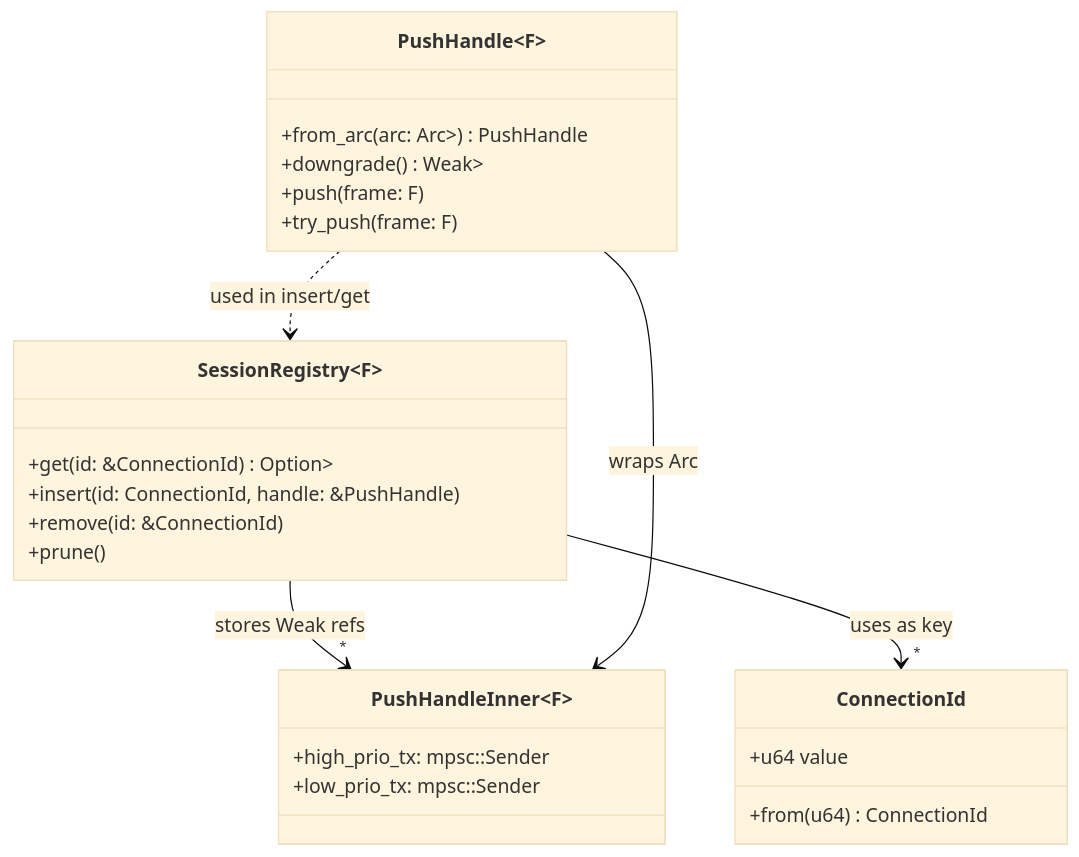
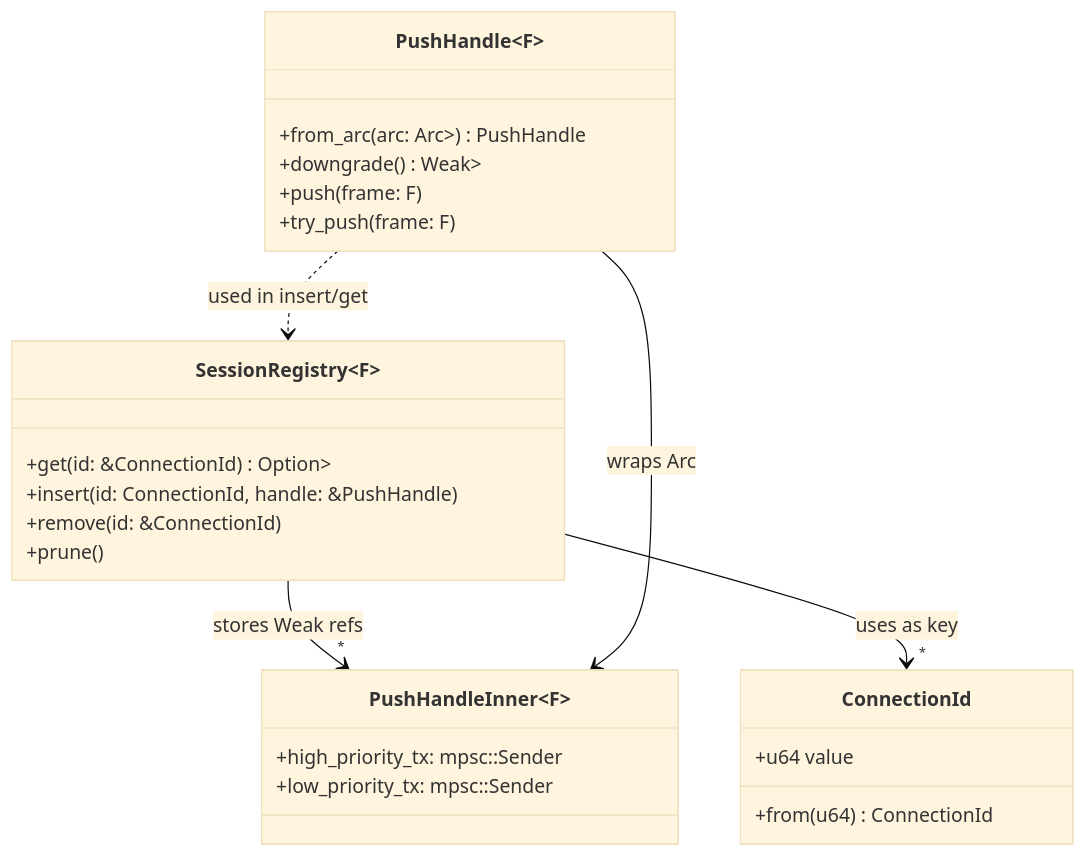
Before and after one commit to leynos/wireframe: the seventh of 15 diagrams in docs/asynchronous-outbound-messaging-design.md, drawn with Mermaid (base theme). The commit also changed other lines of this file and 3 other files, not shown here.

````diff
--- a/docs/asynchronous-outbound-messaging-design.md
+++ b/docs/asynchronous-outbound-messaging-design.md
@@ -469,27 +477,27 @@
 ```mermaid
 classDiagram
     class ConnectionId {
         +u64 value
         +from(u64) ConnectionId
     }
-    class PushHandleInner~F~ {
-        +high_prio_tx: mpsc::Sender<F>
-        +low_prio_tx: mpsc::Sender<F>
-    }
+      class PushHandleInner~F~ {
+          +high_priority_tx: mpsc::Sender<F>
+          +low_priority_tx: mpsc::Sender<F>
+      }
     class PushHandle~F~ {
         +from_arc(arc: Arc<PushHandleInner<F>>) PushHandle<F>
         +downgrade() Weak<PushHandleInner<F>>
         +push(frame: F)
         +try_push(frame: F)
     }
     class SessionRegistry~F~ {
         +get(id: &ConnectionId) Option<PushHandle<F>>
         +insert(id: ConnectionId, handle: &PushHandle<F>)
         +remove(id: &ConnectionId)
         +prune()
     }
     SessionRegistry~F~ --> "*" ConnectionId : uses as key
     SessionRegistry~F~ --> "*" PushHandleInner~F~ : stores Weak refs
     PushHandle~F~ --> PushHandleInner~F~ : wraps Arc
     PushHandle~F~ ..> SessionRegistry~F~ : used in insert/get
 ```
````
